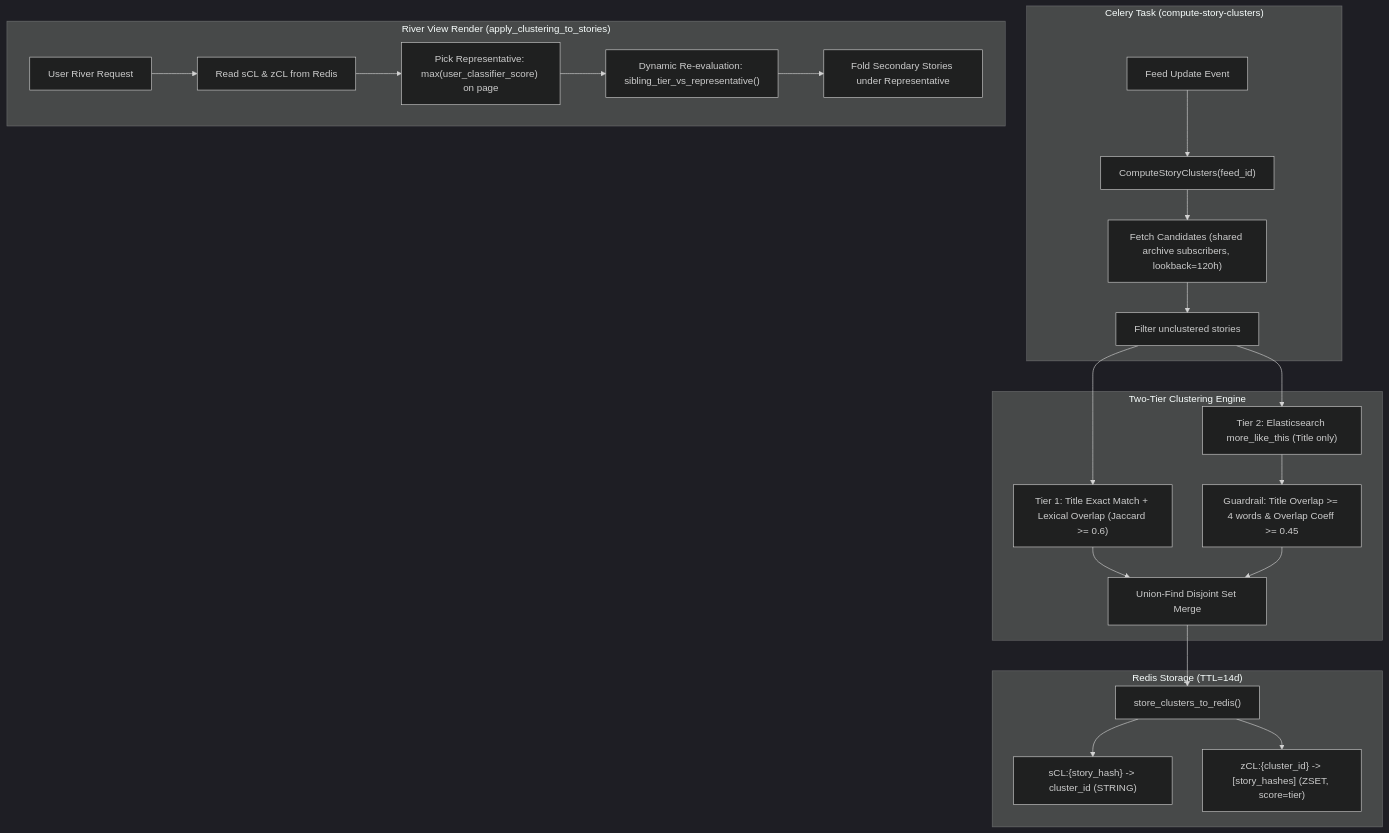
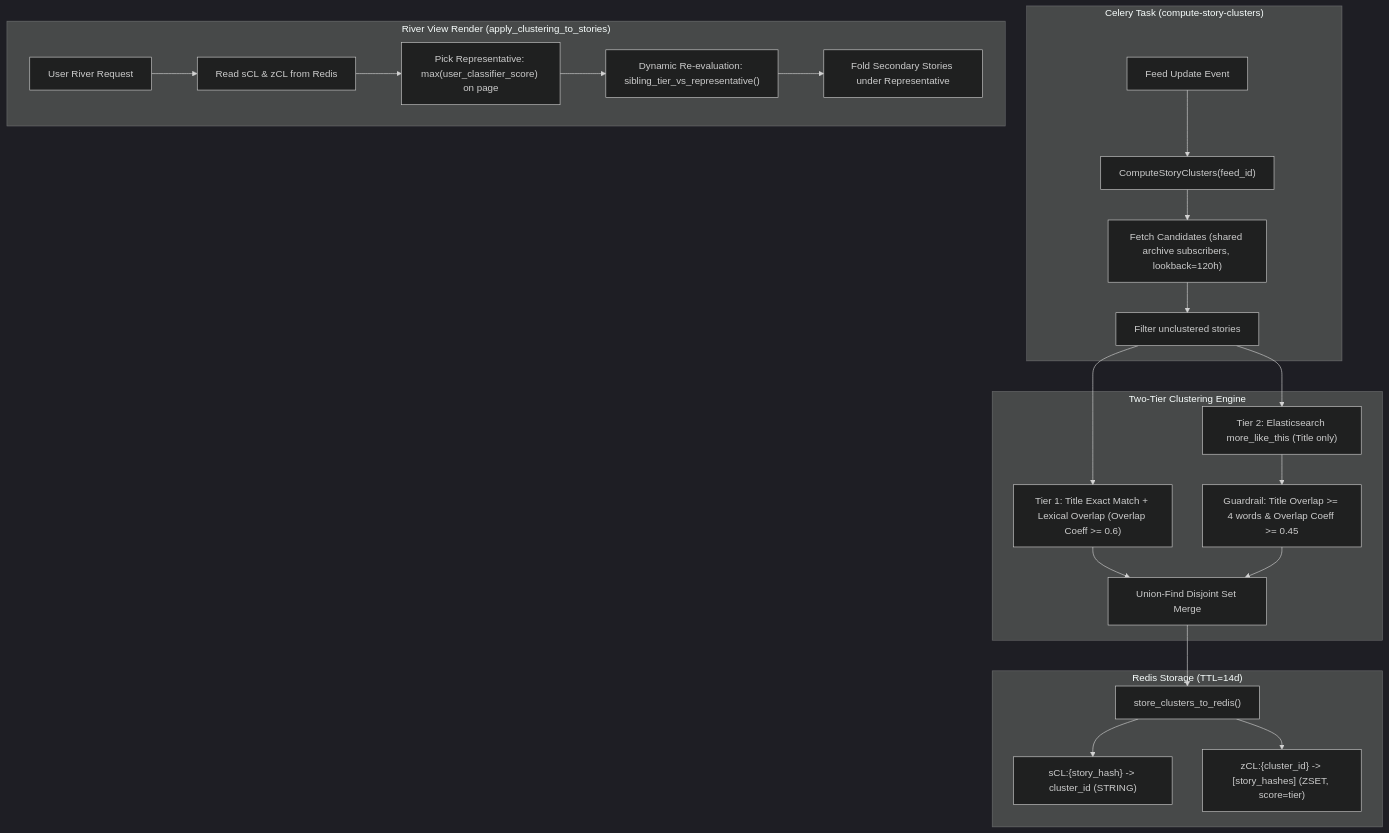
Before and after one commit to jfsdias/NewsFlux: the diagram in docs/research/STORY01B_NEWSBLUR_REFERENCE.md, drawn with Mermaid (dark theme). The commit also changed other lines of this file and 4 other files, not shown here.

````diff
--- a/docs/research/STORY01B_NEWSBLUR_REFERENCE.md
+++ b/docs/research/STORY01B_NEWSBLUR_REFERENCE.md
@@ -33,29 +33,29 @@
 ```mermaid
 flowchart TD
     subgraph Ingestion["Celery Task (compute-story-clusters)"]
         FeedUpdate["Feed Update Event"] --> Task["ComputeStoryClusters(feed_id)"]
         Task --> CandidateGather["Fetch Candidates (shared archive subscribers, lookback=120h)"]
         CandidateGather --> Unclustered["Filter unclustered stories"]
     end
 
     subgraph TwoTier["Two-Tier Clustering Engine"]
-        Unclustered --> Tier1["Tier 1: Title Exact Match + Lexical Overlap (Jaccard >= 0.6)"]
+        Unclustered --> Tier1["Tier 1: Title Exact Match + Lexical Overlap (Overlap Coeff >= 0.6)"]
         Unclustered --> Tier2["Tier 2: Elasticsearch more_like_this (Title only)"]
         Tier2 --> MLTGuard["Guardrail: Title Overlap >= 4 words & Overlap Coeff >= 0.45"]
         Tier1 --> UnionFind["Union-Find Disjoint Set Merge"]
         MLTGuard --> UnionFind
     end
 
     subgraph Storage["Redis Storage (TTL=14d)"]
         UnionFind --> Store["store_clusters_to_redis()"]
         Store --> SCL["sCL:{story_hash} -> cluster_id (STRING)"]
         Store --> ZCL["zCL:{cluster_id} -> [story_hashes] (ZSET, score=tier)"]
     end
 
     subgraph Presentation["River View Render (apply_clustering_to_stories)"]
         RiverReq["User River Request"] --> ReadRedis["Read sCL & zCL from Redis"]
         ReadRedis --> PickRep["Pick Representative: max(user_classifier_score) on page"]
         PickRep --> DynamicCheck["Dynamic Re-evaluation: sibling_tier_vs_representative()"]
         DynamicCheck --> Fold["Fold Secondary Stories under Representative"]
     end
 ```
````
